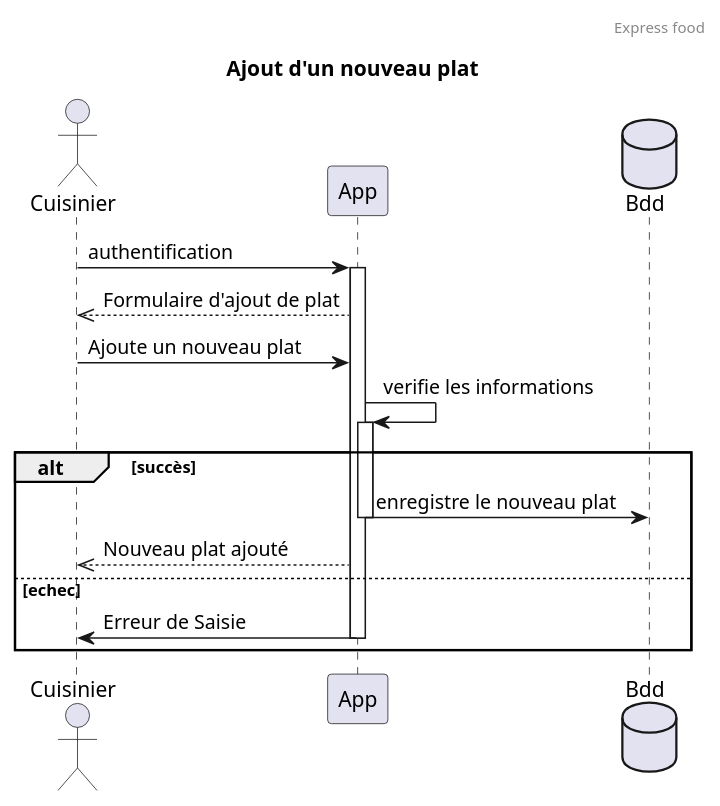
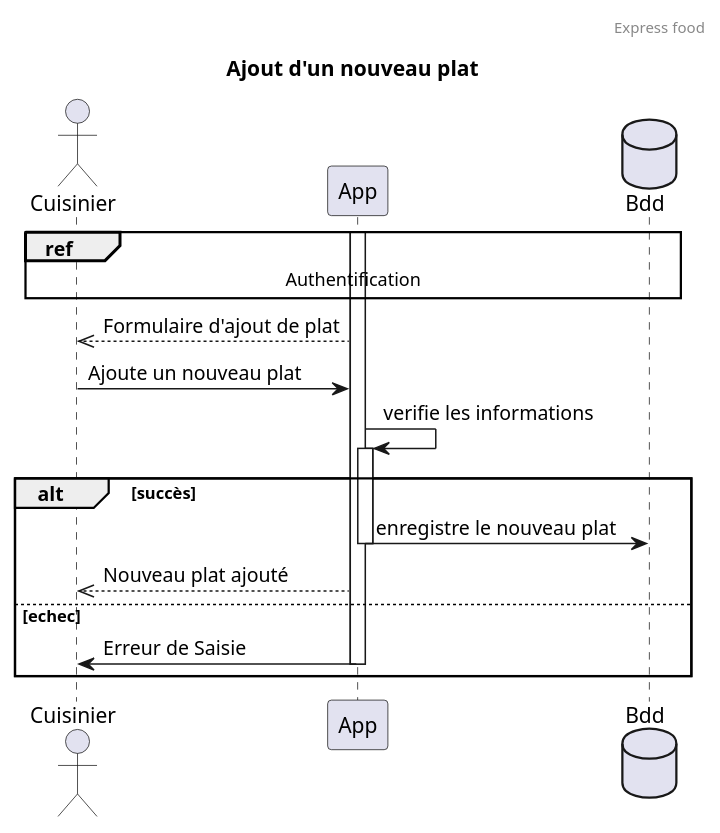
One commit to ArtGM/express-food changed the diagram in Add.wsd. Above: the diagram before and after it, drawn with PlantUML. The commit also changed 11 other files, not shown here.

```diff
--- a/Add.wsd
+++ b/Add.wsd
@@ -1,21 +1,21 @@
 @startuml
 header Express food
 title Ajout d'un nouveau plat
 actor Cuisinier
 participant App
 database Bdd
-Cuisinier -> App: authentification
+ref over Cuisinier, App, Bdd : Authentification
 activate App
 App -->> Cuisinier: Formulaire d'ajout de plat
 Cuisinier -> App: Ajoute un nouveau plat
 App -> App: verifie les informations
 activate App
 alt succès
 App -> Bdd: enregistre le nouveau plat
 deactivate App
 App -->> Cuisinier: Nouveau plat ajouté
 else echec
 App -> Cuisinier: Erreur de Saisie
 deactivate App
 end
 @enduml
```
